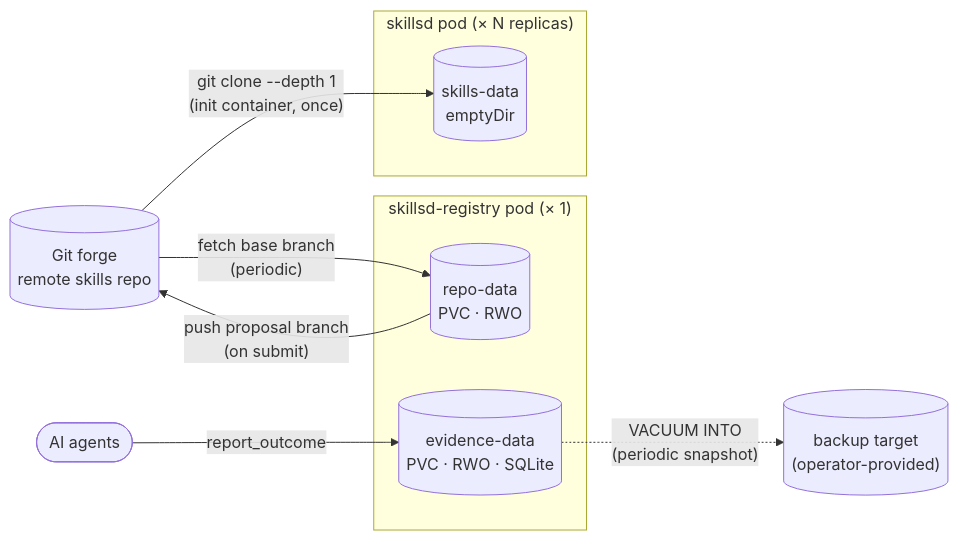
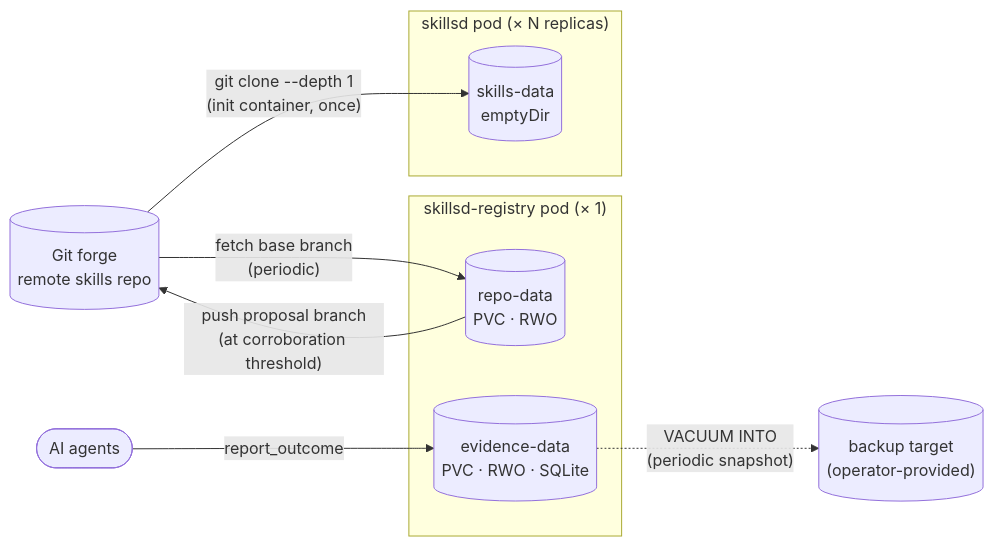
One commit to araghukas/skillset changed the diagram in docs/data-stores.md. Above: the diagram before and after it, drawn with Mermaid. The commit also changed other lines of this file and 24 other files, not shown here.

````diff
--- a/docs/data-stores.md
+++ b/docs/data-stores.md
@@ -7,19 +7,19 @@
 ```mermaid
 flowchart LR
   GH[("Git forge\nremote skills repo")]
 
   subgraph Pod1["skillsd pod (× N replicas)"]
     SV1[("skills-data\nemptyDir")]
   end
 
   subgraph RegPod["skillsd-registry pod (× 1)"]
     RV[("repo-data\nPVC · RWO")]
     EV[("evidence-data\nPVC · RWO · SQLite")]
   end
 
   GH -- "git clone --depth 1\n(init container, once)" --> SV1
   GH -- "fetch base branch\n(periodic)" --> RV
-  RV -- "push proposal branch\n(on submit)" --> GH
+  RV -- "push proposal branch\n(at corroboration threshold)" --> GH
   Agents(["AI agents"]) -- "report_outcome" --> EV
   EV -. "VACUUM INTO\n(periodic snapshot)" .-> Backup[("backup target\n(operator-provided)")]
 ```
````
